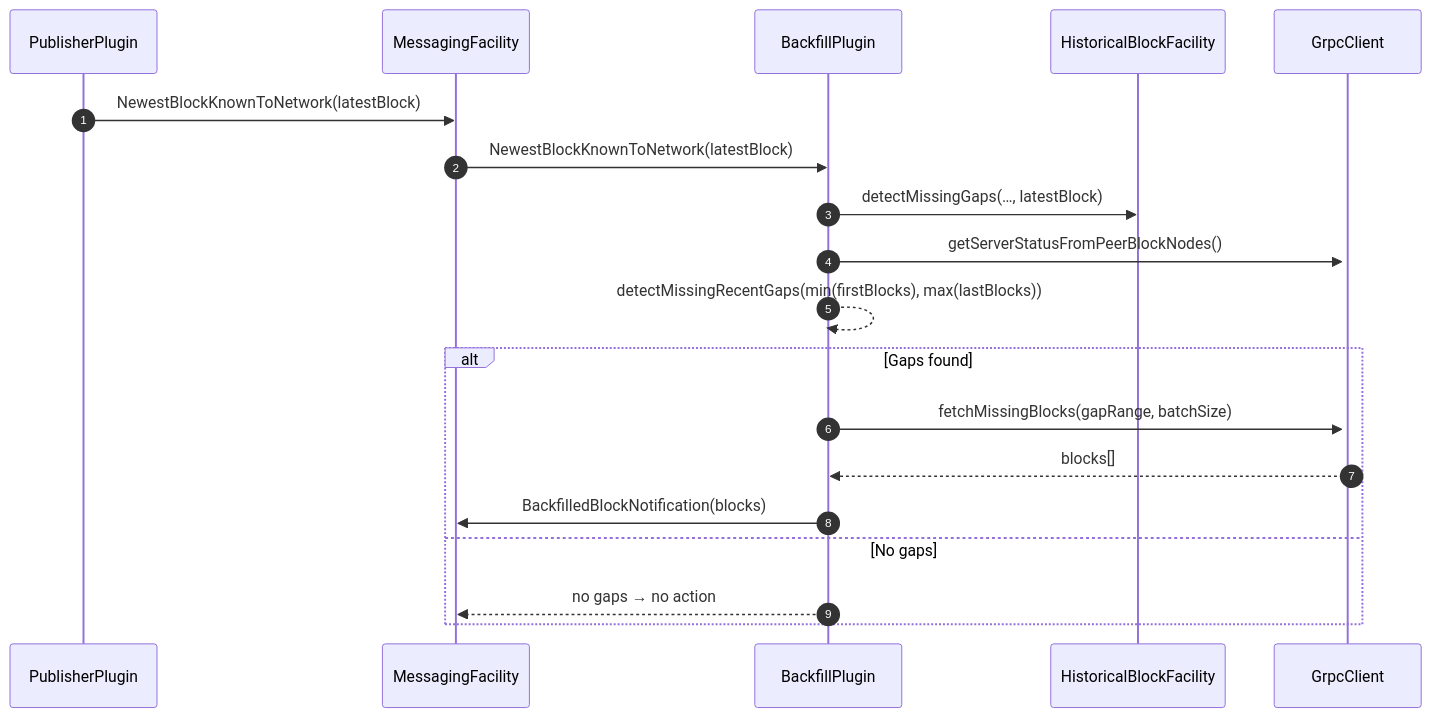
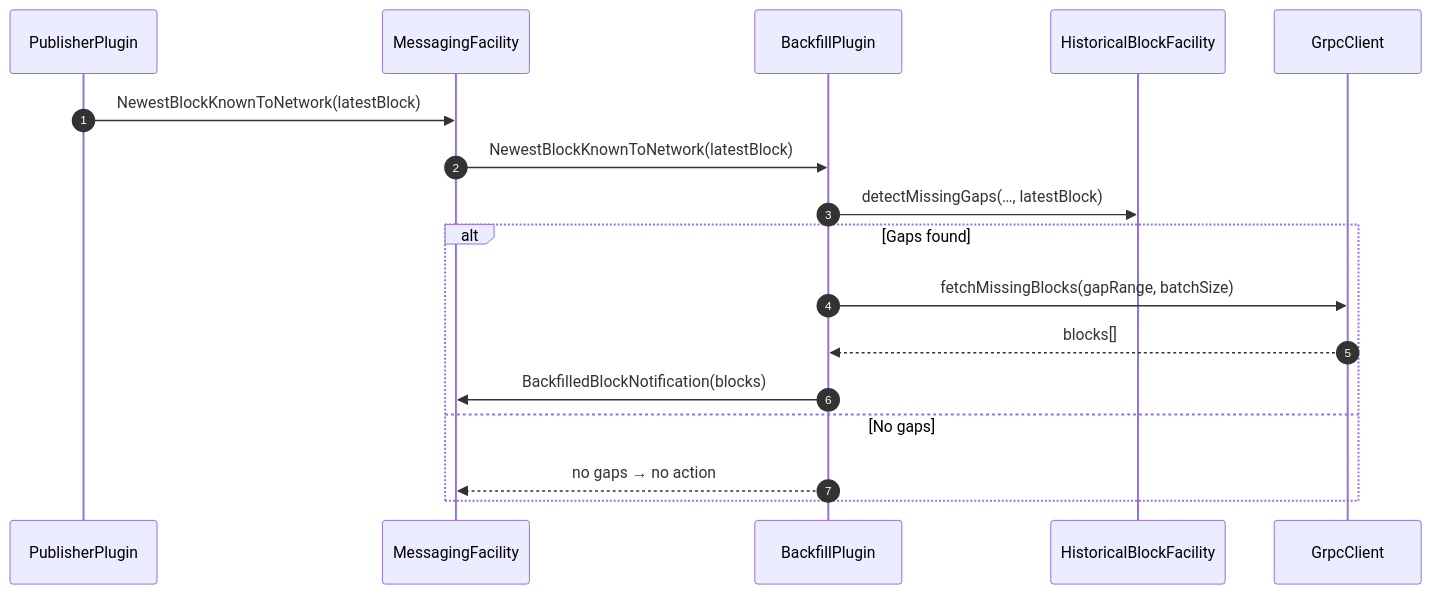
The second of 3 diagrams in docs/design/backfill-plugin.md (hiero-ledger/hiero-block-node), drawn with Mermaid before and after one commit. The commit also changed other lines of this file, not shown here.

````diff
--- a/docs/design/backfill-plugin.md
+++ b/docs/design/backfill-plugin.md
@@ -150,27 +150,25 @@
 ```mermaid
 sequenceDiagram
     autonumber
     participant PublisherPlugin
     participant MessagingFacility
     participant BackfillPlugin
     participant HistoricalBlockFacility
     participant GrpcClient
 
     %% Trigger
     PublisherPlugin->>MessagingFacility: NewestBlockKnownToNetwork(latestBlock)
 
     %% Dispatch to backfill
     MessagingFacility->>BackfillPlugin: NewestBlockKnownToNetwork(latestBlock)
     BackfillPlugin->>HistoricalBlockFacility: detectMissingGaps(…, latestBlock)
-    BackfillPlugin->>+GrpcClient: getServerStatusFromPeerBlockNodes()
-    BackfillPlugin-->>BackfillPlugin: detectMissingRecentGaps(min(firstBlocks), max(lastBlocks))
 
     alt Gaps found
         BackfillPlugin->>GrpcClient: fetchMissingBlocks(gapRange, batchSize)
         GrpcClient-->>BackfillPlugin: blocks[]
         BackfillPlugin->>MessagingFacility: BackfilledBlockNotification(blocks)
     else No gaps
         BackfillPlugin-->>MessagingFacility: no gaps → no action
     end
 
 ```
````
